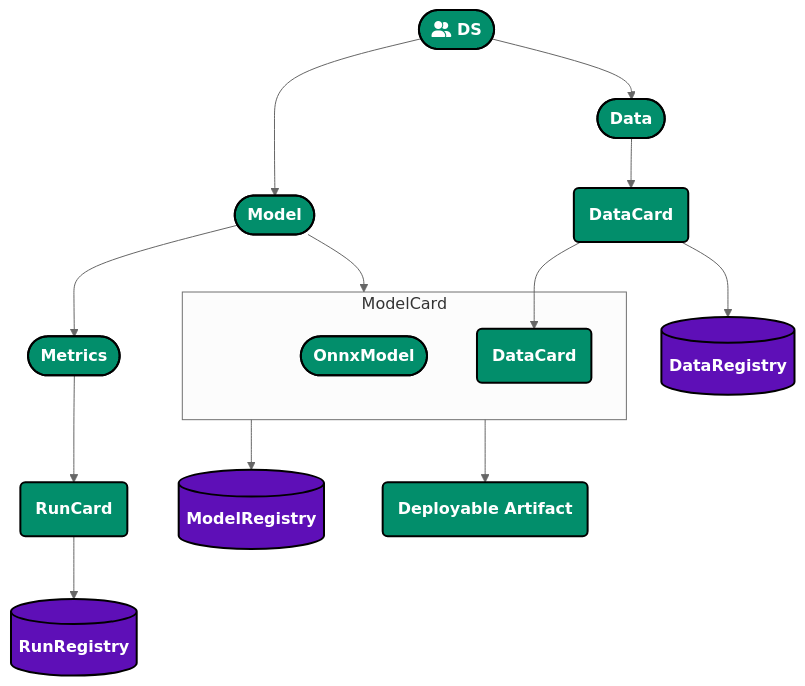
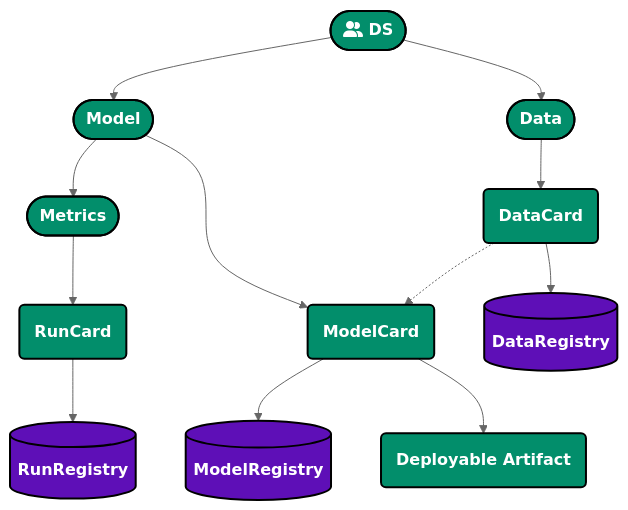
The diagram in docs/docs/cards/overview.md (demml/opsml), drawn with Mermaid (neutral theme) before and after one commit.

````diff
--- a/docs/docs/cards/overview.md
+++ b/docs/docs/cards/overview.md
@@ -3,33 +3,27 @@
 ```mermaid
 flowchart TD
-  DS(["fa:fa-user-group" DS])
-    DS --> Model([Model])
-      Model --> Metrics([Metrics])
-        Metrics --> RunCard(RunCard)
-          RunCard --> RunRegistry[(RunRegistry)]
-      Model --> ModelCard
-        subgraph ModelCard
-          OnnxModel([OnnxModel])
-          ModelCardDataCard(DataCard)
-        end
-        ModelCard --> ModelRegistry[(ModelRegistry)]
-        ModelCard --> DeployableArtifact(Deployable Artifact)
-    DS --> Data([Data])
-      Data --> DataCard(DataCard)
-        DataCard --> ModelCardDataCard
-        DataCard --> DataRegistry[(DataRegistry)]
+DS(["fa:fa-user-group" DS])
+DS --> Model([Model])
+Model --> Metrics([Metrics])
+Metrics --> RunCard(RunCard)
+RunCard --> RunRegistry[(RunRegistry)]
+Model --> ModelCard(ModelCard)
+ModelCard --> ModelRegistry[(ModelRegistry)]
+ModelCard -->DeployableArtifact(Deployable Artifact)
+DS --> Data([Data])
+Data --> DataCard(DataCard)
+DataCard --> DataRegistry[(DataRegistry)]
+DataCard -.->ModelCard
 
-  style DS fill:#028e6b,stroke:black,stroke-width:2px,color:white,font-weight:bolder
-  style Model fill:#028e6b,stroke:black,stroke-width:2px,color:white,font-weight:bolder
-  style Metrics fill:#028e6b,stroke:black,stroke-width:2px,color:white,font-weight:bolder
-  style Data fill:#028e6b,stroke:black,stroke-width:2px,color:white,font-weight:bolder
-  style RunCard fill:#028e6b,stroke:black,stroke-width:2px,color:white,font-weight:bolder
-  style OnnxModel fill:#028e6b,stroke:black,stroke-width:2px,color:white,font-weight:bolder
-  style DataCard fill:#028e6b,stroke:black,stroke-width:2px,color:white,font-weight:bolder
-  style ModelCardDataCard fill:#028e6b,stroke:black,stroke-width:2px,color:white,font-weight:bolder
-  style DeployableArtifact fill:#028e6b,stroke:black,stroke-width:2px,color:white,font-weight:bolder
-
-  style RunRegistry fill:#5e0fb7,stroke:black,stroke-width:2px,color:white,font-weight:bolder
-  style ModelRegistry fill:#5e0fb7,stroke:black,stroke-width:2px,color:white,font-weight:bolder
-  style DataRegistry fill:#5e0fb7,stroke:black,stroke-width:2px,color:white,font-weight:bolder
+style DS fill:#028e6b,stroke:black,stroke-width:2px,color:white,font-weight:bolder
+style Model fill:#028e6b,stroke:black,stroke-width:2px,color:white,font-weight:bolder
+style Metrics fill:#028e6b,stroke:black,stroke-width:2px,color:white,font-weight:bolder
+style Data fill:#028e6b,stroke:black,stroke-width:2px,color:white,font-weight:bolder
+style RunCard fill:#028e6b,stroke:black,stroke-width:2px,color:white,font-weight:bolder
+style DataCard fill:#028e6b,stroke:black,stroke-width:2px,color:white,font-weight:bolder
+style ModelCard fill:#028e6b,stroke:black,stroke-width:2px,color:white,font-weight:bolder
+style DeployableArtifact fill:#028e6b,stroke:black,stroke-width:2px,color:white,font-weight:bolder
+style RunRegistry fill:#5e0fb7,stroke:black,stroke-width:2px,color:white,font-weight:bolder
+style ModelRegistry fill:#5e0fb7,stroke:black,stroke-width:2px,color:white,font-weight:bolder
+style DataRegistry fill:#5e0fb7,stroke:black,stroke-width:2px,color:white,font-weight:bolder
 ```
````
